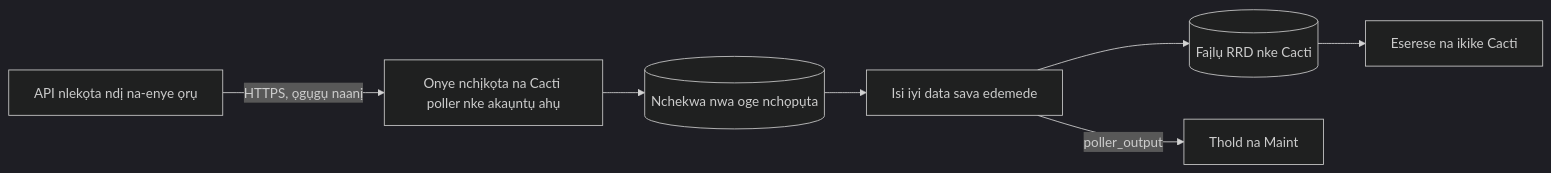
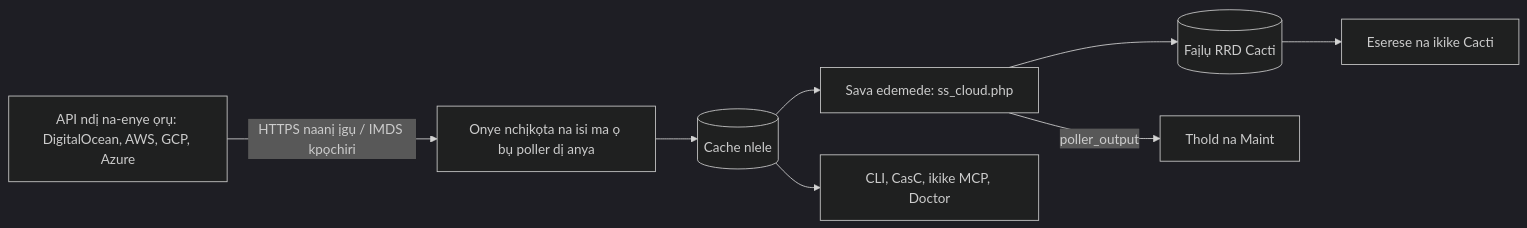
The diagram in docs/i18n/ig-NG/README.md (somethingwithproof/plugin_cloud), drawn with Mermaid (dark theme) before and after one commit. The commit also changed other lines of this file and 48 other files, not shown here.

First line of the commit message:
docs(readme): document AWS, GCP, Azure drivers, remote collectors, and ecosystem hooks

````diff
--- a/docs/i18n/ig-NG/README.md
+++ b/docs/i18n/ig-NG/README.md
@@ -110,9 +148,10 @@
 ```mermaid
 flowchart LR
-    API["API nlekọta ndị na-enye ọrụ"] -->|HTTPS, ọgụgụ naanị| C["Onye nchịkọta na Cacti poller nke akaụntụ ahụ"]
-    C --> O[("Nchekwa nwa oge nchọpụta")]
-    O --> SS["Isi iyi data sava edemede"]
-    SS --> RRD[("Faịlụ RRD nke Cacti")]
-    SS -->|poller_output| T["Thold na Maint"]
-    RRD --> G["Eserese na ikike Cacti"]
+    API[API ndị na-enye ọrụ: DigitalOcean, AWS, GCP, Azure] -->|HTTPS naanị ịgụ / IMDS kpọchiri| C[Onye nchịkọta na isi ma ọ bụ poller dị anya]
+    C --> O[(Cache nlele)]
+    O --> SS[Sava edemede: ss_cloud.php]
+    SS --> RRD[(Faịlụ RRD Cacti)]
+    SS -->|poller_output| T[Thold na Maint]
+    RRD --> G[Eserese na ikike Cacti]
+    O --> ECO[CLI, CasC, ikike MCP, Doctor]
 ```
````
